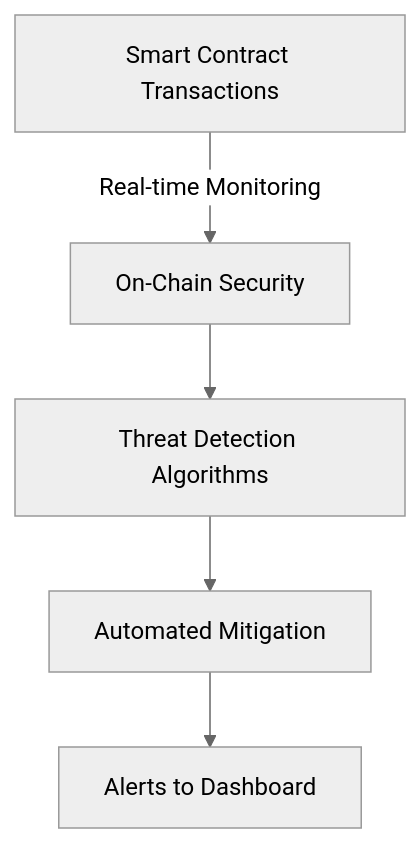
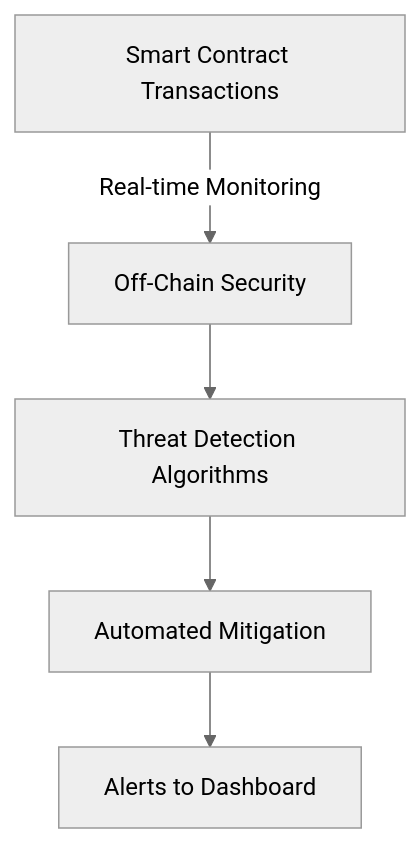
Before and after one commit to RishiGitH/Solana_Detector: the second of 2 diagrams in README.md, drawn with Mermaid (neutral theme).

````diff
--- a/README.md
+++ b/README.md
@@ -90,7 +90,7 @@
 ```mermaid
 graph TD;
-    A[Smart Contract Transactions] -->|Real-time Monitoring| B[On-Chain Security]
+    A[Smart Contract Transactions] -->|Real-time Monitoring| B[Off-Chain Security]
     B --> C[Threat Detection Algorithms]
     C --> D[Automated Mitigation]
     D --> E[Alerts to Dashboard]
 ```
````
